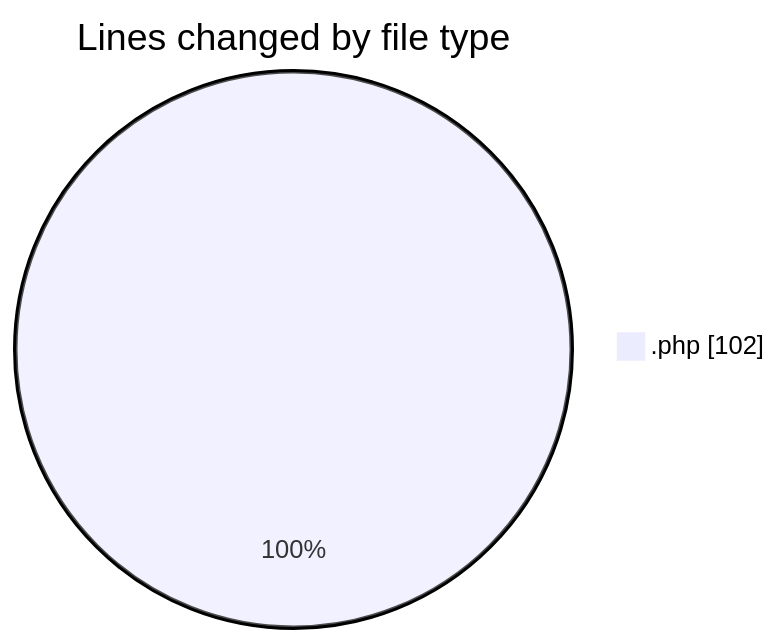
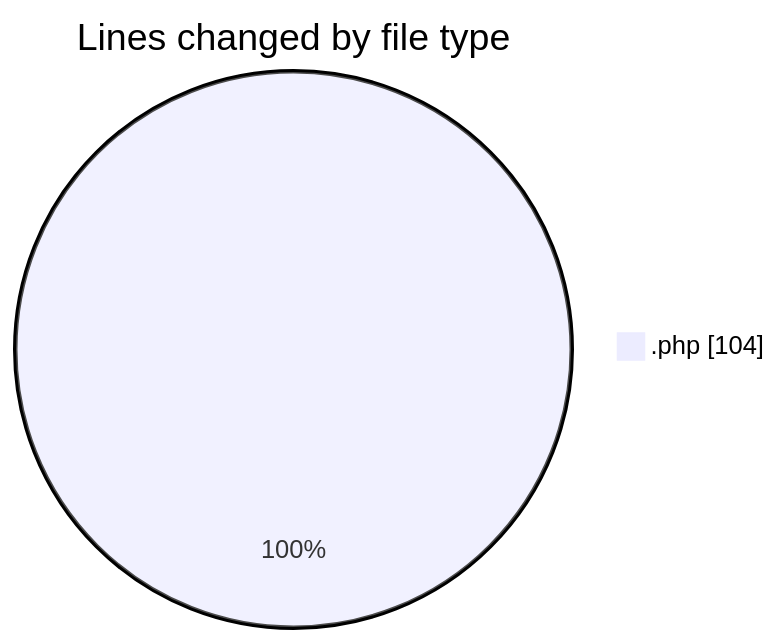
One commit to LanceThiago/code-tracking changed the first of 2 diagrams in 2025-04-23/oficina/README.md. Above: the diagram before and after it, drawn with Mermaid. The commit also changed other lines of this file and 1 other file, not shown here.

````diff
--- a/2025-04-23/oficina/README.md
+++ b/2025-04-23/oficina/README.md
@@ -20,5 +20,5 @@
 ```mermaid
 pie showData
 title Lines changed by file type
-".php" : 102
+".php" : 104
 ```
````
